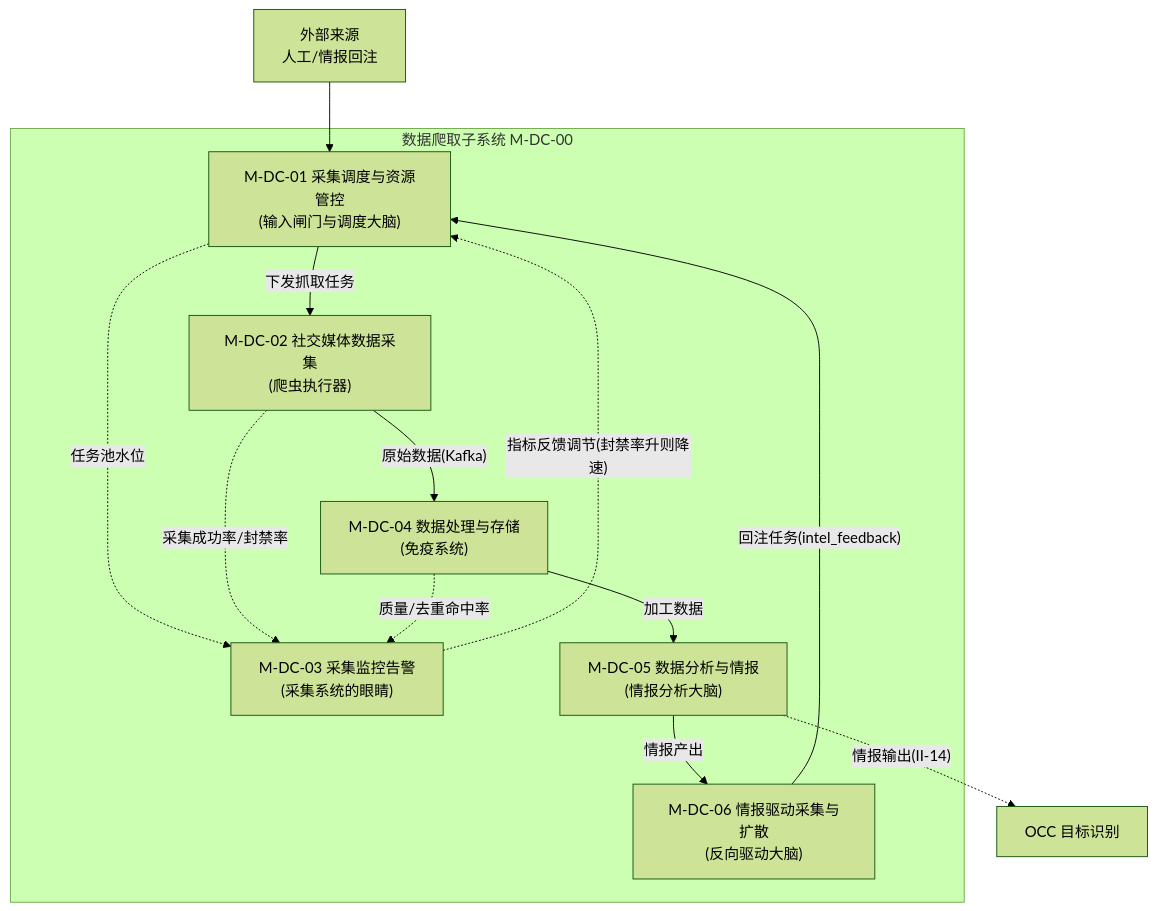
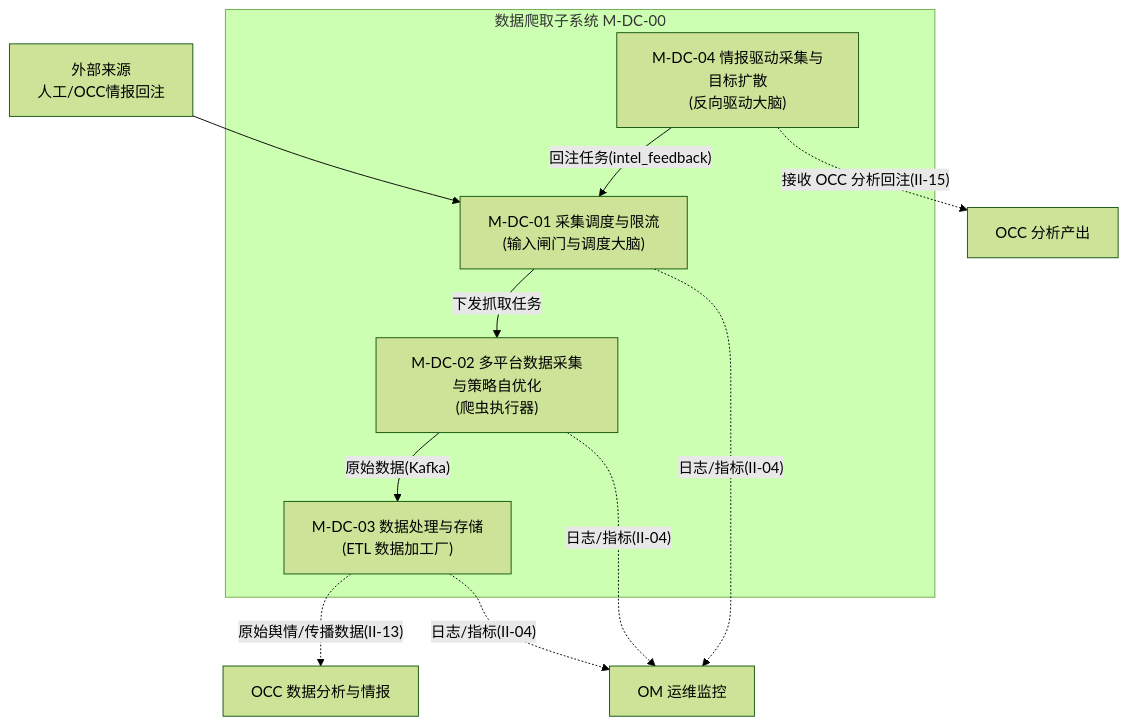
Before and after one commit to Sj-g/obsidian: the second of 45 diagrams in 公司项目/认知作战/文档/软件概要设计-架构图.md, drawn with Mermaid (forest theme). The commit also changed other lines of this file and 4 other files, not shown here.

````diff
--- a/公司项目/认知作战/文档/软件概要设计-架构图.md
+++ b/公司项目/认知作战/文档/软件概要设计-架构图.md
@@ -72,25 +72,18 @@
 ```mermaid
 flowchart TB
     subgraph DC["数据爬取子系统 M-DC-00"]
-        DC1["M-DC-01 采集调度与资源管控<br/>(输入闸门与调度大脑)"]
-        DC2["M-DC-02 社交媒体数据采集<br/>(爬虫执行器)"]
-        DC3["M-DC-03 采集监控告警<br/>(采集系统的眼睛)"]
-        DC4["M-DC-04 数据处理与存储<br/>(免疫系统)"]
-        DC5["M-DC-05 数据分析与情报<br/>(情报分析大脑)"]
-        DC6["M-DC-06 情报驱动采集与扩散<br/>(反向驱动大脑)"]
+        DC1["M-DC-01 采集调度与限流<br/>(输入闸门与调度大脑)"]
+        DC2["M-DC-02 多平台数据采集与策略自优化<br/>(爬虫执行器)"]
+        DC3["M-DC-03 数据处理与存储<br/>(ETL 数据加工厂)"]
+        DC4["M-DC-04 情报驱动采集与目标扩散<br/>(反向驱动大脑)"]
 
         DC1 -->|"下发抓取任务"| DC2
-        DC2 -->|"原始数据(Kafka)"| DC4
-        DC4 -->|"加工数据"| DC5
-        DC5 -->|"情报产出"| DC6
-        DC6 -->|"回注任务(intel_feedback)"| DC1
-
-        DC3 -.->|"指标反馈调节(封禁率升则降速)"| DC1
-        DC1 -.->|"任务池水位"| DC3
-        DC2 -.->|"采集成功率/封禁率"| DC3
-        DC4 -.->|"质量/去重命中率"| DC3
+        DC2 -->|"原始数据(Kafka)"| DC3
+        DC4 -->|"回注任务(intel_feedback)"| DC1
     end
 
-    EXT["外部来源<br/>人工/情报回注"] --> DC1
-    DC5 -.->|"情报输出(II-14)"| OCC["OCC 目标识别"]
+    EXT["外部来源<br/>人工/OCC情报回注"] --> DC1
+    DC3 -.->|"原始舆情/传播数据(II-13)"| OCC["OCC 数据分析与情报"]
+    DC4 -.->|"接收 OCC 分析回注(II-15)"| OCC2["OCC 分析产出"]
+    DC1 & DC2 & DC3 -.->|"日志/指标(II-04)"| OM["OM 运维监控"]
 ```
````
